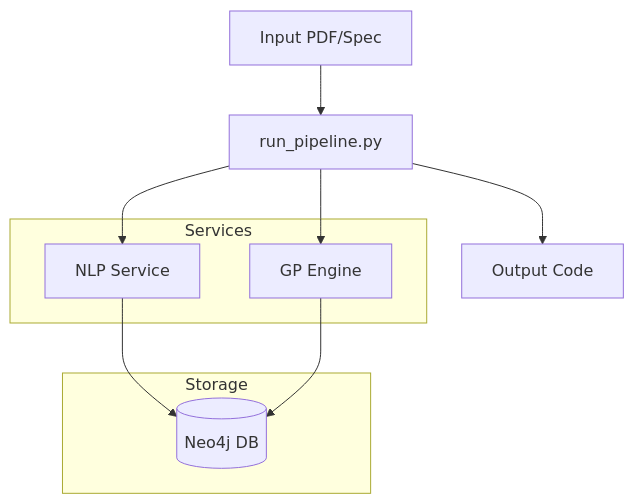
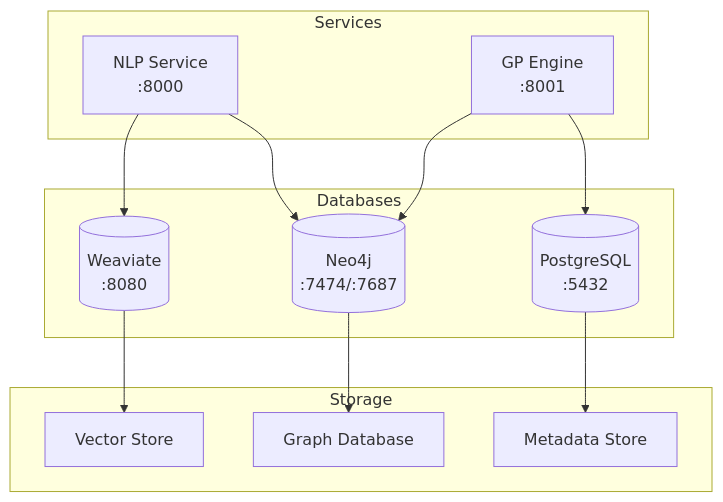
Before and after one commit to nshkrdotcom/EADS: the first of 5 diagrams in README.md, drawn with Mermaid. The commit also changed other lines of this file and 1 other file, not shown here.

````diff
--- a/README.md
+++ b/README.md
@@ -1017,19 +338,28 @@
 ```mermaid
-graph TD
-    A[Input PDF/Spec] --> B[run_pipeline.py]
-    B --> C[NLP Service]
-    B --> D[GP Engine]
-    C --> E[(Neo4j DB)]
-    D --> E
-    B --> F[Output Code]
+graph TB
+    subgraph Services
+        NLP[NLP Service<br>:8000]
+        GP[GP Engine<br>:8001]
+    end
 
-    subgraph Services
-        C
-        D
+    subgraph Databases
+        Neo4j[(Neo4j<br>:7474/:7687)]
+        Postgres[(PostgreSQL<br>:5432)]
+        Weaviate[(Weaviate<br>:8080)]
     end
 
     subgraph Storage
-        E
+        VectorStore[Vector Store]
+        GraphDB[Graph Database]
+        MetadataDB[Metadata Store]
     end
 
+    NLP --> Neo4j
+    NLP --> Weaviate
+    GP --> Neo4j
+    GP --> Postgres
+
+    Weaviate --> VectorStore
+    Neo4j --> GraphDB
+    Postgres --> MetadataDB
 ```
````
